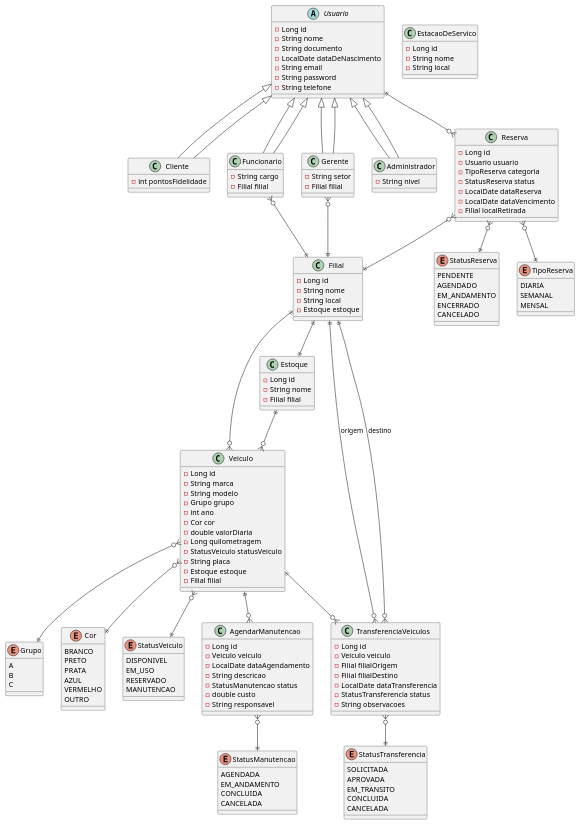
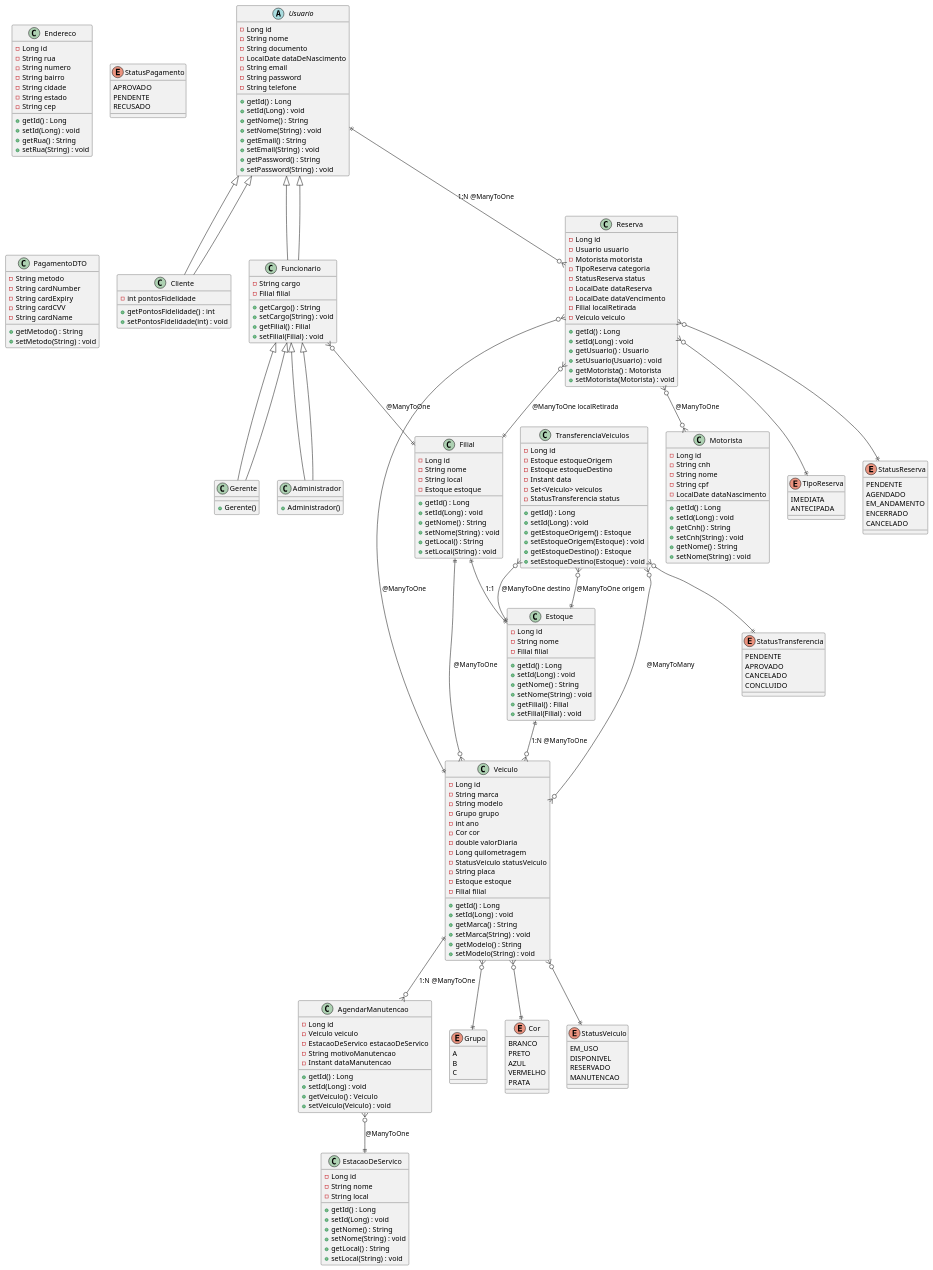
One commit to alexsanjr/voce-aluga changed the diagram in diagrama-classes.puml. Above: the diagram before and after it, drawn with PlantUML. The commit also changed 3 other files, not shown here.

Commit message:
ajustes finais diagramas

```diff
--- a/diagrama-classes.puml
+++ b/diagrama-classes.puml
@@ -1,4 +1,6 @@
 @startuml "Diagrama de Classes - Você Aluga"
+
+' === ENTIDADES PRINCIPAIS ===
 
 abstract class Usuario {
   -Long id
@@ -8,24 +10,51 @@
   -String email
   -String password
   -String telefone
+  +getId() : Long
+  +setId(Long) : void
+  +getNome() : String
+  +setNome(String) : void
+  +getEmail() : String
+  +setEmail(String) : void
+  +getPassword() : String
+  +setPassword(String) : void
 }
 
 class Cliente extends Usuario {
   -int pontosFidelidade
+  +getPontosFidelidade() : int
+  +setPontosFidelidade(int) : void
 }
 
 class Funcionario extends Usuario {
   -String cargo
   -Filial filial
+  +getCargo() : String
+  +setCargo(String) : void
+  +getFilial() : Filial
+  +setFilial(Filial) : void
 }
 
-class Gerente extends Usuario {
-  -String setor
-  -Filial filial
+class Gerente extends Funcionario {
+  +Gerente()
 }
 
-class Administrador extends Usuario {
-  -String nivel
+class Administrador extends Funcionario {
+  +Administrador()
+}
+
+class Motorista {
+  -Long id
+  -String cnh
+  -String nome
+  -String cpf
+  -LocalDate dataNascimento
+  +getId() : Long
+  +setId(Long) : void
+  +getCnh() : String
+  +setCnh(String) : void
+  +getNome() : String
+  +setNome(String) : void
 }
 
 class Veiculo {
@@ -41,16 +70,30 @@
   -String placa
   -Estoque estoque
   -Filial filial
+  +getId() : Long
+  +setId(Long) : void
+  +getMarca() : String
+  +setMarca(String) : void
+  +getModelo() : String
+  +setModelo(String) : void
 }
 
 class Reserva {
   -Long id
   -Usuario usuario
+  -Motorista motorista
   -TipoReserva categoria
   -StatusReserva status
   -LocalDate dataReserva
   -LocalDate dataVencimento
   -Filial localRetirada
+  -Veiculo veiculo
+  +getId() : Long
+  +setId(Long) : void
+  +getUsuario() : Usuario
+  +setUsuario(Usuario) : void
+  +getMotorista() : Motorista
+  +setMotorista(Motorista) : void
 }
 
 class Filial {
@@ -58,39 +101,80 @@
   -String nome
   -String local
   -Estoque estoque
+  +getId() : Long
+  +setId(Long) : void
+  +getNome() : String
+  +setNome(String) : void
+  +getLocal() : String
+  +setLocal(String) : void
 }
 
 class Estoque {
   -Long id
   -String nome
   -Filial filial
+  +getId() : Long
+  +setId(Long) : void
+  +getNome() : String
+  +setNome(String) : void
+  +getFilial() : Filial
+  +setFilial(Filial) : void
 }
 
 class TransferenciaVeiculos {
   -Long id
-  -Veiculo veiculo
-  -Filial filialOrigem
-  -Filial filialDestino
-  -LocalDate dataTransferencia
+  -Estoque estoqueOrigem
+  -Estoque estoqueDestino
+  -Instant data
+  -Set<Veiculo> veiculos
   -StatusTransferencia status
-  -String observacoes
+  +getId() : Long
+  +setId(Long) : void
+  +getEstoqueOrigem() : Estoque
+  +setEstoqueOrigem(Estoque) : void
+  +getEstoqueDestino() : Estoque
+  +setEstoqueDestino(Estoque) : void
 }
 
 class AgendarManutencao {
   -Long id
   -Veiculo veiculo
-  -LocalDate dataAgendamento
-  -String descricao
-  -StatusManutencao status
-  -double custo
-  -String responsavel
+  -EstacaoDeServico estacaoDeServico
+  -String motivoManutencao
+  -Instant dataManutencao
+  +getId() : Long
+  +setId(Long) : void
+  +getVeiculo() : Veiculo
+  +setVeiculo(Veiculo) : void
 }
 
 class EstacaoDeServico {
   -Long id
   -String nome
   -String local
+  +getId() : Long
+  +setId(Long) : void
+  +getNome() : String
+  +setNome(String) : void
+  +getLocal() : String
+  +setLocal(String) : void
 }
+
+class Endereco {
+  -Long id
+  -String rua
+  -String numero
+  -String bairro
+  -String cidade
+  -String estado
+  -String cep
+  +getId() : Long
+  +setId(Long) : void
+  +getRua() : String
+  +setRua(String) : void
+}
+
+' === ENUMS ===
 
 enum Grupo {
   A
@@ -101,23 +185,21 @@
 enum Cor {
   BRANCO
   PRETO
-  PRATA
   AZUL
   VERMELHO
-  OUTRO
+  PRATA
 }
 
 enum StatusVeiculo {
+  EM_USO
   DISPONIVEL
-  EM_USO
   RESERVADO
   MANUTENCAO
 }
 
 enum TipoReserva {
-  DIARIA
-  SEMANAL
-  MENSAL
+  IMEDIATA
+  ANTECIPADA
 }
 
 enum StatusReserva {
@@ -128,51 +210,62 @@
   CANCELADO
 }
 
-enum StatusManutencao {
-  AGENDADA
-  EM_ANDAMENTO
-  CONCLUIDA
-  CANCELADA
+enum StatusTransferencia {
+  PENDENTE
+  APROVADO
+  CANCELADO
+  CONCLUIDO
 }
 
-enum StatusTransferencia {
-  SOLICITADA
-  APROVADA
-  EM_TRANSITO
-  CONCLUIDA
-  CANCELADA
+enum StatusPagamento {
+  APROVADO
+  PENDENTE
+  RECUSADO
 }
 
-' Relacionamentos de Herança
+' === DTOs ===
+
+class PagamentoDTO {
+  -String metodo
+  -String cardNumber
+  -String cardExpiry
+  -String cardCVV
+  -String cardName
+  +getMetodo() : String
+  +setMetodo(String) : void
+}
+
+' === RELACIONAMENTOS DE HERANÇA ===
 Usuario <|-- Cliente
 Usuario <|-- Funcionario
-Usuario <|-- Gerente
-Usuario <|-- Administrador
+Funcionario <|-- Gerente
+Funcionario <|-- Administrador
 
-' Relacionamentos JPA
-Filial ||--|| Estoque
-Estoque ||--o{ Veiculo
-Veiculo }o--|| Filial
+' === RELACIONAMENTOS JPA ===
+Filial ||--|| Estoque : "1:1"
+Estoque ||--o{ Veiculo : "1:N @ManyToOne"
+Veiculo }o--|| Filial : "@ManyToOne"
 
-Usuario ||--o{ Reserva
-Reserva }o--|| Filial
+Usuario ||--o{ Reserva : "1:N @ManyToOne"
+Reserva }o--|| Filial : "@ManyToOne localRetirada"
+Reserva }o--|| Veiculo : "@ManyToOne"
+Reserva }o--o{ Motorista : "@ManyToOne"
 
-Veiculo ||--o{ TransferenciaVeiculos
-Filial ||--o{ TransferenciaVeiculos : origem
-Filial ||--o{ TransferenciaVeiculos : destino
+TransferenciaVeiculos }o--|| Estoque : "@ManyToOne origem"
+TransferenciaVeiculos }o--|| Estoque : "@ManyToOne destino"
+TransferenciaVeiculos }o--o{ Veiculo : "@ManyToMany"
 
-Veiculo ||--o{ AgendarManutencao
+Veiculo ||--o{ AgendarManutencao : "1:N @ManyToOne"
+AgendarManutencao }o--|| EstacaoDeServico : "@ManyToOne"
 
-Funcionario }o--|| Filial
-Gerente }o--|| Filial
+Funcionario }o--|| Filial : "@ManyToOne"
 
-' Relacionamentos com Enums
+' === RELACIONAMENTOS COM ENUMS ===
 Veiculo }o--|| Grupo
 Veiculo }o--|| Cor
 Veiculo }o--|| StatusVeiculo
 Reserva }o--|| TipoReserva
 Reserva }o--|| StatusReserva
-AgendarManutencao }o--|| StatusManutencao
 TransferenciaVeiculos }o--|| StatusTransferencia
 
 @enduml
```
